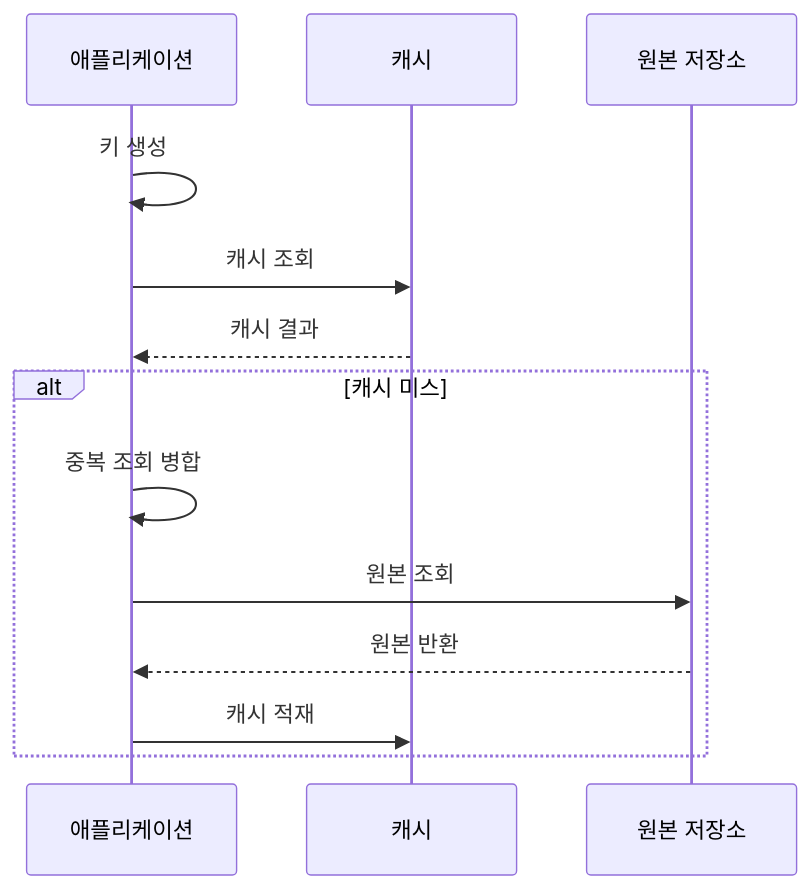
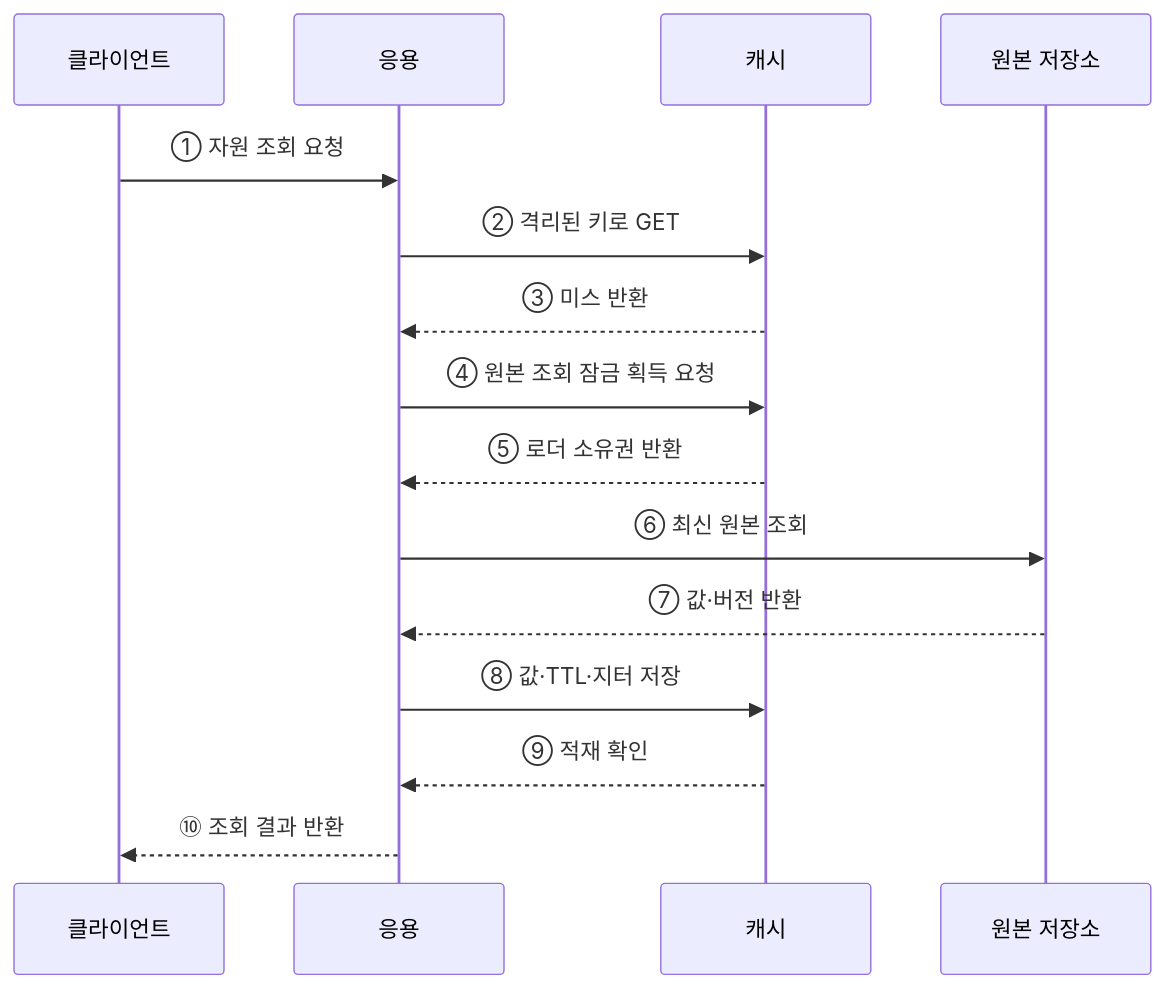
The second of 2 diagrams in src/content/docs/notes/03-software/180_caching_strategy.md (agnusdei1207/knowledge-base), drawn with Mermaid before and after one commit. The commit also changed other lines of this file and 20 other files, not shown here.

````diff
--- a/src/content/docs/notes/03-software/180_caching_strategy.md
+++ b/src/content/docs/notes/03-software/180_caching_strategy.md
@@ -92,15 +74,17 @@
 ```mermaid
 sequenceDiagram
-    participant A as 애플리케이션
+    participant U as 클라이언트
+    participant A as 응용
     participant C as 캐시
     participant D as 원본 저장소
-    A->>A: 키 생성
-    A->>C: 캐시 조회
-    C-->>A: 캐시 결과
-    alt 캐시 미스
-        A->>A: 중복 조회 병합
-        A->>D: 원본 조회
-        D-->>A: 원본 반환
-        A->>C: 캐시 적재
-    end
+    U->>A: ① 자원 조회 요청
+    A->>C: ② 격리된 키로 GET
+    C-->>A: ③ 미스 반환
+    A->>C: ④ 원본 조회 잠금 획득 요청
+    C-->>A: ⑤ 로더 소유권 반환
+    A->>D: ⑥ 최신 원본 조회
+    D-->>A: ⑦ 값·버전 반환
+    A->>C: ⑧ 값·TTL·지터 저장
+    C-->>A: ⑨ 적재 확인
+    A-->>U: ⑩ 조회 결과 반환
 ```
````
